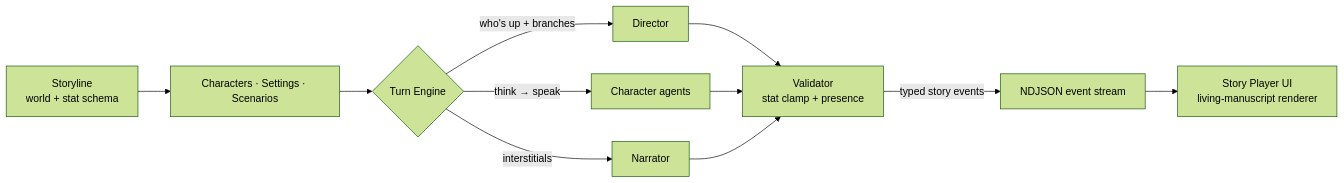
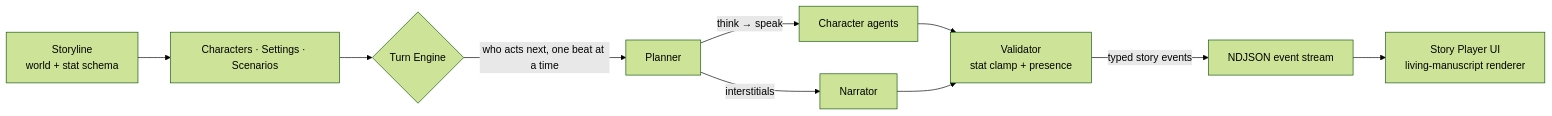
The diagram in README.md (brendondgr/Mytheca), drawn with Mermaid (forest theme) before and after one commit. The commit also changed other lines of this file and 8 other files, not shown here.

````diff
--- a/README.md
+++ b/README.md
@@ -26,11 +26,11 @@
 ```mermaid
 flowchart LR
     A[Storyline<br/>world + stat schema] --> B[Characters · Settings · Scenarios]
     B --> C{Turn Engine}
-    C -->|who's up + branches| D[Director]
-    C -->|think → speak| E[Character agents]
-    C -->|interstitials| F[Narrator]
-    D & E & F --> G[Validator<br/>stat clamp + presence]
+    C -->|who acts next, one beat at a time| D[Planner]
+    D -->|think → speak| E[Character agents]
+    D -->|interstitials| F[Narrator]
+    E & F --> G[Validator<br/>stat clamp + presence]
     G -->|typed story events| H[NDJSON event stream]
     H --> I[Story Player UI<br/>living-manuscript renderer]
 ```
````
